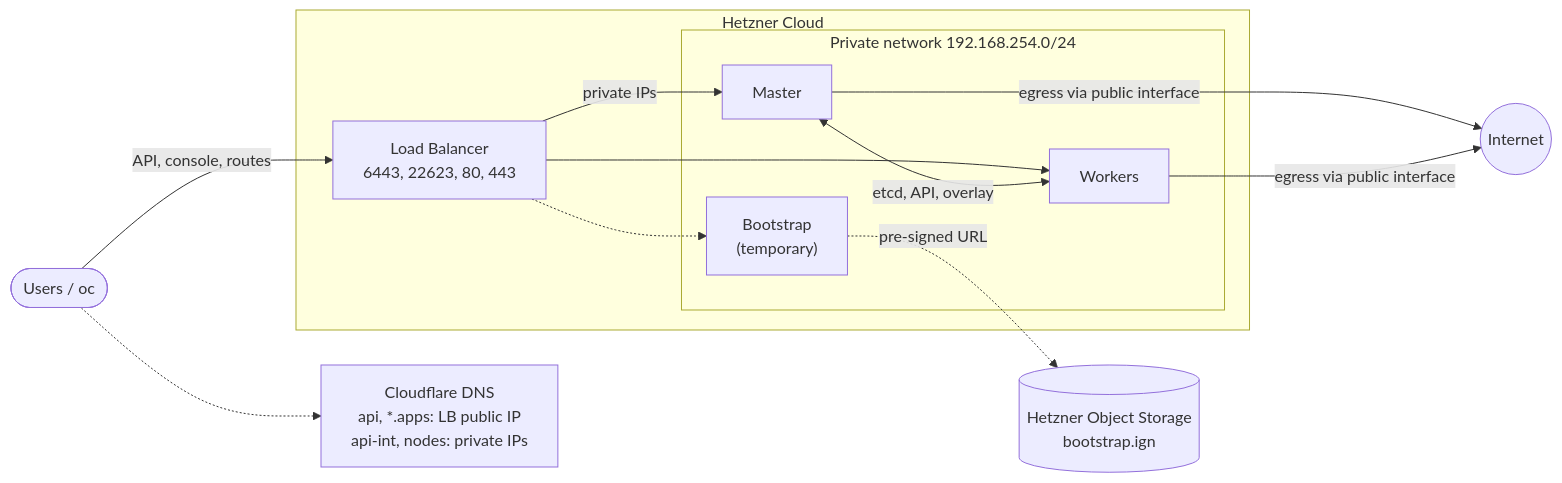
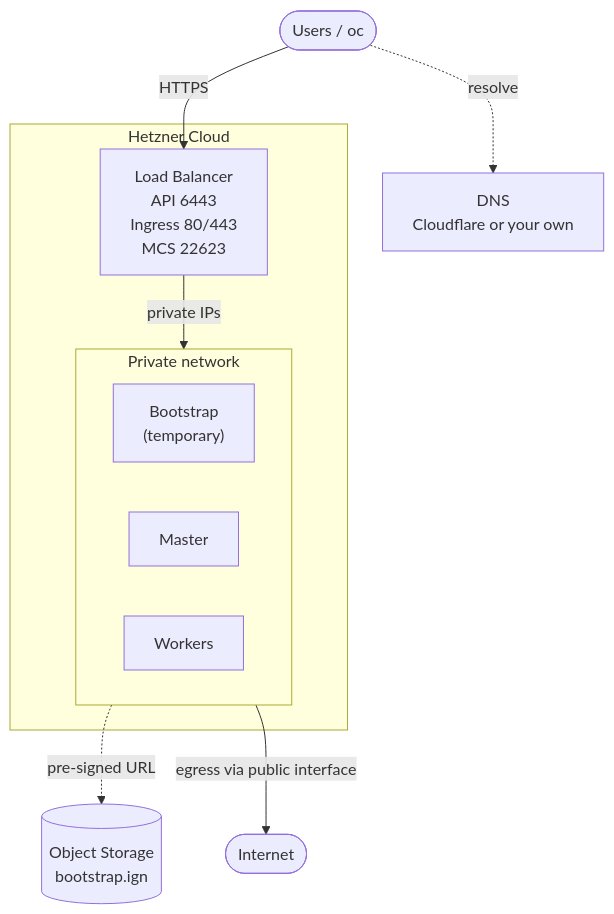
One commit to slauger/hcloud-okd4 changed the diagram in README.md. Above: the diagram before and after it, drawn with Mermaid.

Commit message:
docs: simplify the architecture diagram

````diff
--- a/README.md
+++ b/README.md
@@ -25,25 +25,23 @@
 ```mermaid
-flowchart LR
+flowchart TB
   user(["Users / oc"])
-  dns["Cloudflare DNS<br/>api, *.apps: LB public IP<br/>api-int, nodes: private IPs"]
-  s3[("Hetzner Object Storage<br/>bootstrap.ign")]
-  internet(("Internet"))
+  dns["DNS<br/>Cloudflare or your own"]
+  internet(["Internet"])
+  s3[("Object Storage<br/>bootstrap.ign")]
 
   subgraph hcloud["Hetzner Cloud"]
-    lb["Load Balancer<br/>6443, 22623, 80, 443"]
-    subgraph net["Private network 192.168.254.0/24"]
+    lb["Load Balancer<br/>API 6443<br/>Ingress 80/443<br/>MCS 22623"]
+    subgraph net["Private network"]
+      direction LR
       bootstrap["Bootstrap<br/>(temporary)"]
       master["Master"]
-      worker["Workers"]
+      workers["Workers"]
     end
   end
 
-  user -.-> dns
-  user -->|"API, console, routes"| lb
-  lb -->|"private IPs"| master
-  lb --> worker
-  lb -.-> bootstrap
-  master <-->|"etcd, API, overlay"| worker
+  user -.->|"resolve"| dns
+  user -->|"HTTPS"| lb
+  lb -->|"private IPs"| net
+  net -->|"egress via public interface"| internet
   bootstrap -.->|"pre-signed URL"| s3
-  master & worker -->|"egress via public interface"| internet
 ```
````
